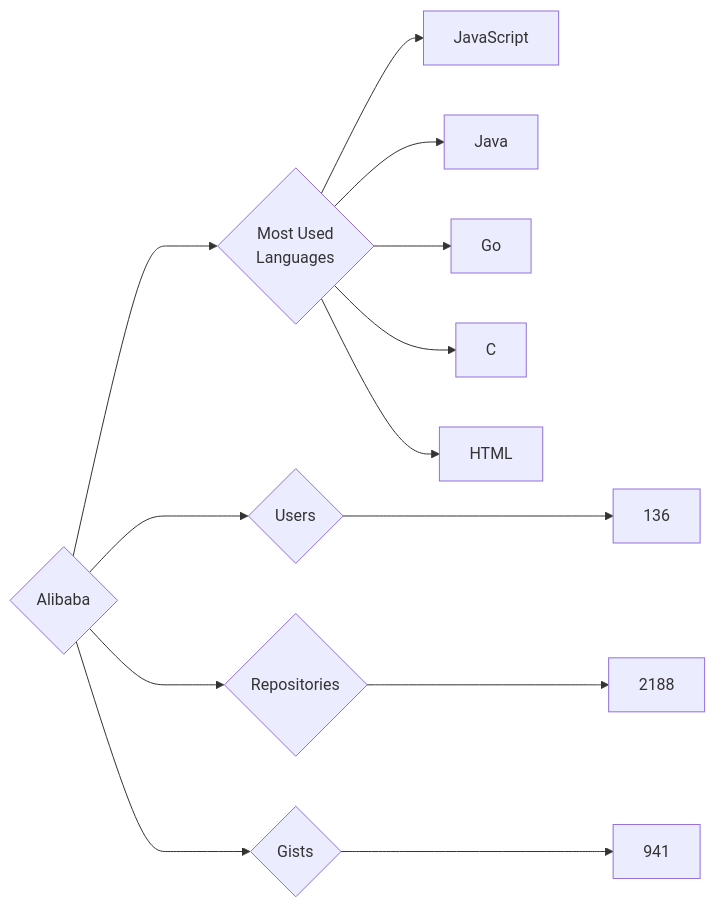
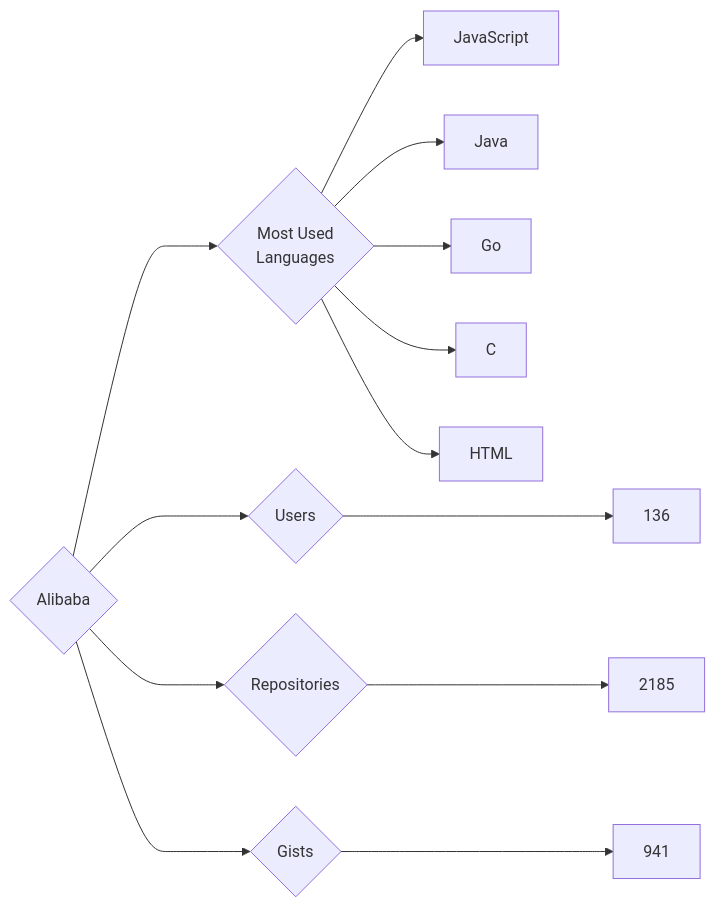
The diagram in targets/Alibaba/README.md (trickest/insiders), drawn with Mermaid before and after one commit. The commit also changed 786 other files, not shown here.

````diff
--- a/targets/Alibaba/README.md
+++ b/targets/Alibaba/README.md
@@ -3,13 +3,13 @@
 ```mermaid
 graph LR
 COMPANY_NAME{Alibaba}
 COMPANY_NAME ---> U{Users} ---> UN[136]
-COMPANY_NAME ---> R{Repositories} ---> RN[2188]
+COMPANY_NAME ---> R{Repositories} ---> RN[2185]
 COMPANY_NAME ---> G{Gists} ---> GN[941]
 COMPANY_NAME ---> ML{Most Used<br>Languages}
 ML --> JavaScript[JavaScript]
 ML --> Java[Java]
 ML --> Go[Go]
 ML --> C[C]
 ML --> HTML[HTML]
 ```
````
